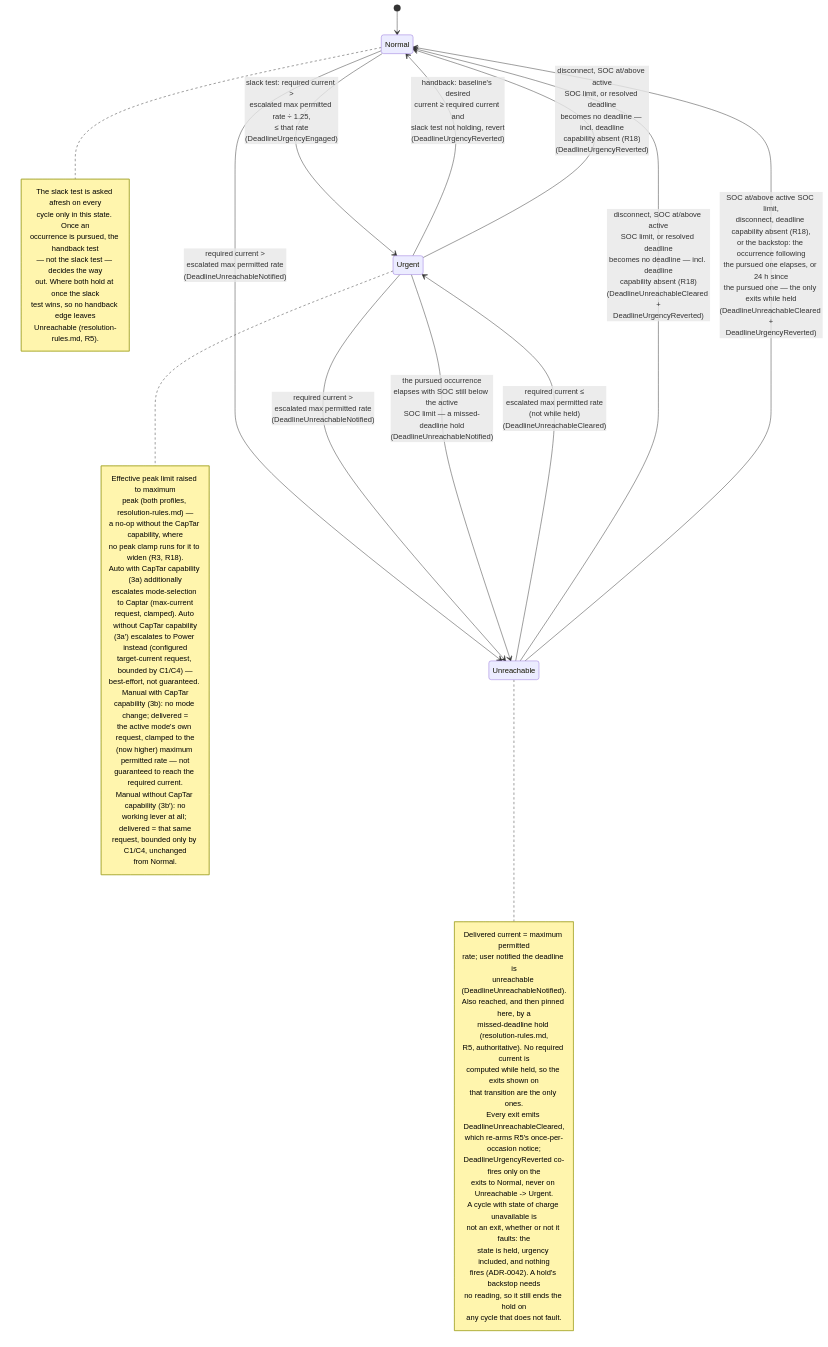
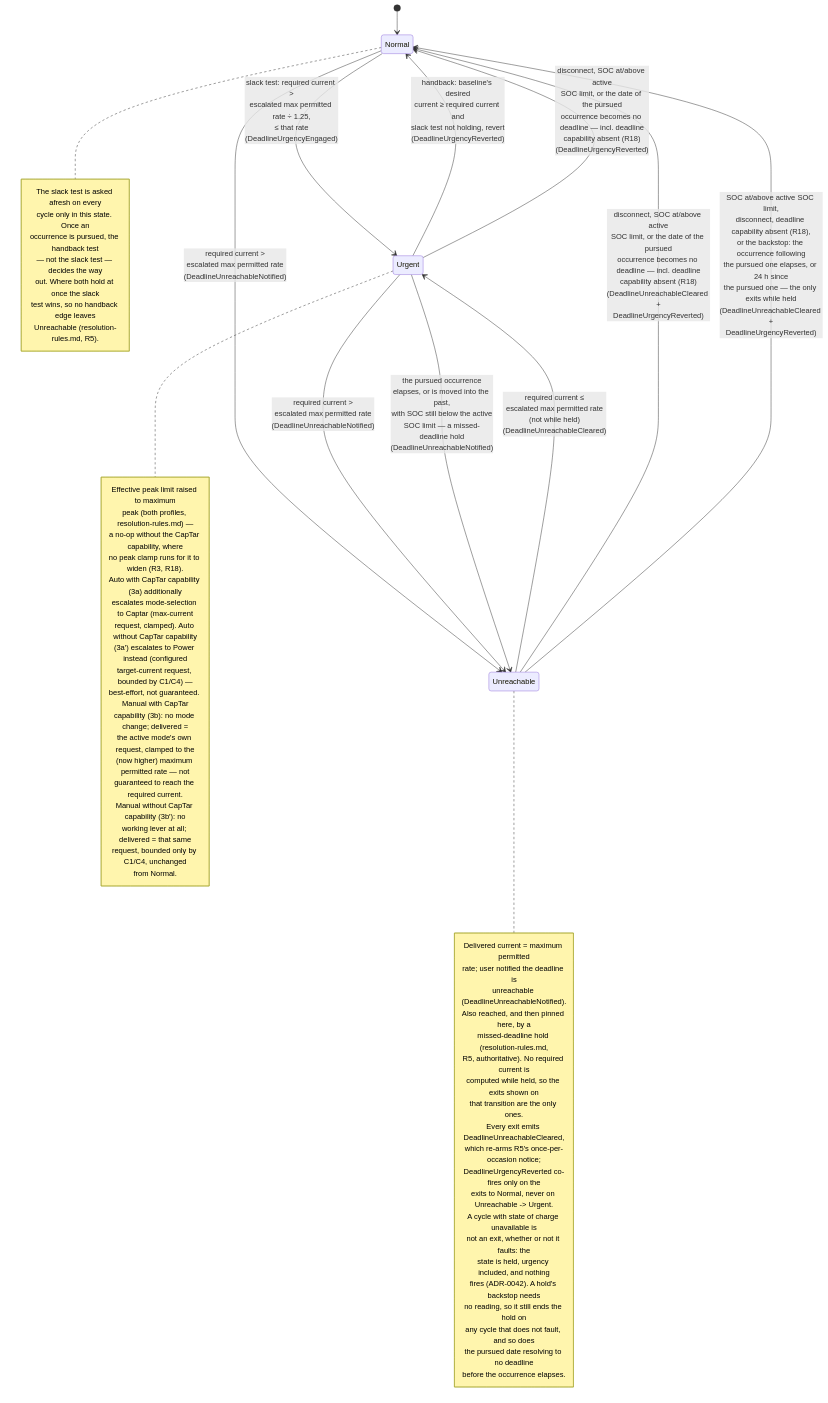
The diagram in docs/analysis/use-cases/UC05-guarantee-ready-by-departure.md (kristofdegrave/homeassistant-smart-charging), drawn with Mermaid before and after one commit. The commit also changed other lines of this file and 3 other files, not shown here.

First line of the commit message:
docs: R5 -- a pursued occurrence follows a pending change to its departure time (#1447) (#1452)

````diff
--- a/docs/analysis/use-cases/UC05-guarantee-ready-by-departure.md
+++ b/docs/analysis/use-cases/UC05-guarantee-ready-by-departure.md
@@ -113,62 +118,64 @@
 ```mermaid
 stateDiagram-v2
     [*] --> Normal
     Normal --> Urgent: slack test: required current ><br/>escalated max permitted rate ÷ 1.25,<br/>≤ that rate<br/>(DeadlineUrgencyEngaged)
     Normal --> Unreachable: required current ><br/>escalated max permitted rate<br/>(DeadlineUnreachableNotified)
     Urgent --> Normal: handback: baseline's desired<br/>current ≥ required current and<br/>slack test not holding, revert<br/>(DeadlineUrgencyReverted)
     Urgent --> Unreachable: required current ><br/>escalated max permitted rate<br/>(DeadlineUnreachableNotified)
-    Urgent --> Unreachable: the pursued occurrence<br/>elapses with SOC still below the active<br/>SOC limit — a missed-deadline hold<br/>(DeadlineUnreachableNotified)
-    Urgent --> Normal: disconnect, SOC at/above active<br/>SOC limit, or resolved deadline<br/>becomes no deadline — incl. deadline<br/>capability absent (R18)<br/>(DeadlineUrgencyReverted)
+    Urgent --> Unreachable: the pursued occurrence<br/>elapses, or is moved into the past,<br/>with SOC still below the active<br/>SOC limit — a missed-deadline hold<br/>(DeadlineUnreachableNotified)
+    Urgent --> Normal: disconnect, SOC at/above active<br/>SOC limit, or the date of the pursued<br/>occurrence becomes no deadline — incl. deadline<br/>capability absent (R18)<br/>(DeadlineUrgencyReverted)
     Unreachable --> Urgent: required current ≤<br/>escalated max permitted rate<br/>(not while held)<br/>(DeadlineUnreachableCleared)
-    Unreachable --> Normal: disconnect, SOC at/above active<br/>SOC limit, or resolved deadline<br/>becomes no deadline — incl. deadline<br/>capability absent (R18)<br/>(DeadlineUnreachableCleared +<br/>DeadlineUrgencyReverted)
+    Unreachable --> Normal: disconnect, SOC at/above active<br/>SOC limit, or the date of the pursued<br/>occurrence becomes no deadline — incl. deadline<br/>capability absent (R18)<br/>(DeadlineUnreachableCleared +<br/>DeadlineUrgencyReverted)
     Unreachable --> Normal: SOC at/above active SOC limit,<br/>disconnect, deadline capability absent (R18),<br/>or the backstop: the occurrence following<br/>the pursued one elapses, or 24 h since<br/>the pursued one — the only exits while held<br/>(DeadlineUnreachableCleared +<br/>DeadlineUrgencyReverted)
     note right of Normal
         The slack test is asked afresh on every
         cycle only in this state. Once an
         occurrence is pursued, the handback test
         — not the slack test — decides the way
         out. Where both hold at once the slack
         test wins, so no handback edge leaves
         Unreachable (resolution-rules.md, R5).
     end note
     note right of Urgent
         Effective peak limit raised to maximum
         peak (both profiles, resolution-rules.md) —
         a no-op without the CapTar capability, where
         no peak clamp runs for it to widen (R3, R18).
         Auto with CapTar capability (3a) additionally
         escalates mode-selection to Captar (max-current
         request, clamped). Auto without CapTar capability
         (3a′) escalates to Power instead (configured
         target-current request, bounded by C1/C4) —
         best-effort, not guaranteed. Manual with CapTar
         capability (3b): no mode change; delivered =
         the active mode's own request, clamped to the
         (now higher) maximum permitted rate — not
         guaranteed to reach the required current.
         Manual without CapTar capability (3b′): no
         working lever at all; delivered = that same
         request, bounded only by C1/C4, unchanged
         from Normal.
     end note
     note right of Unreachable
         Delivered current = maximum permitted
         rate; user notified the deadline is
         unreachable (DeadlineUnreachableNotified).
         Also reached, and then pinned here, by a
         missed-deadline hold (resolution-rules.md,
         R5, authoritative). No required current is
         computed while held, so the exits shown on
         that transition are the only ones.
         Every exit emits DeadlineUnreachableCleared,
         which re-arms R5's once-per-occasion notice;
         DeadlineUrgencyReverted co-fires only on the
         exits to Normal, never on Unreachable -> Urgent.
         A cycle with state of charge unavailable is
         not an exit, whether or not it faults: the
         state is held, urgency included, and nothing
         fires (ADR-0042). A hold's backstop needs
         no reading, so it still ends the hold on
-        any cycle that does not fault.
+        any cycle that does not fault, and so does
+        the pursued date resolving to no deadline
+        before the occurrence elapses.
     end note
 ```
````
